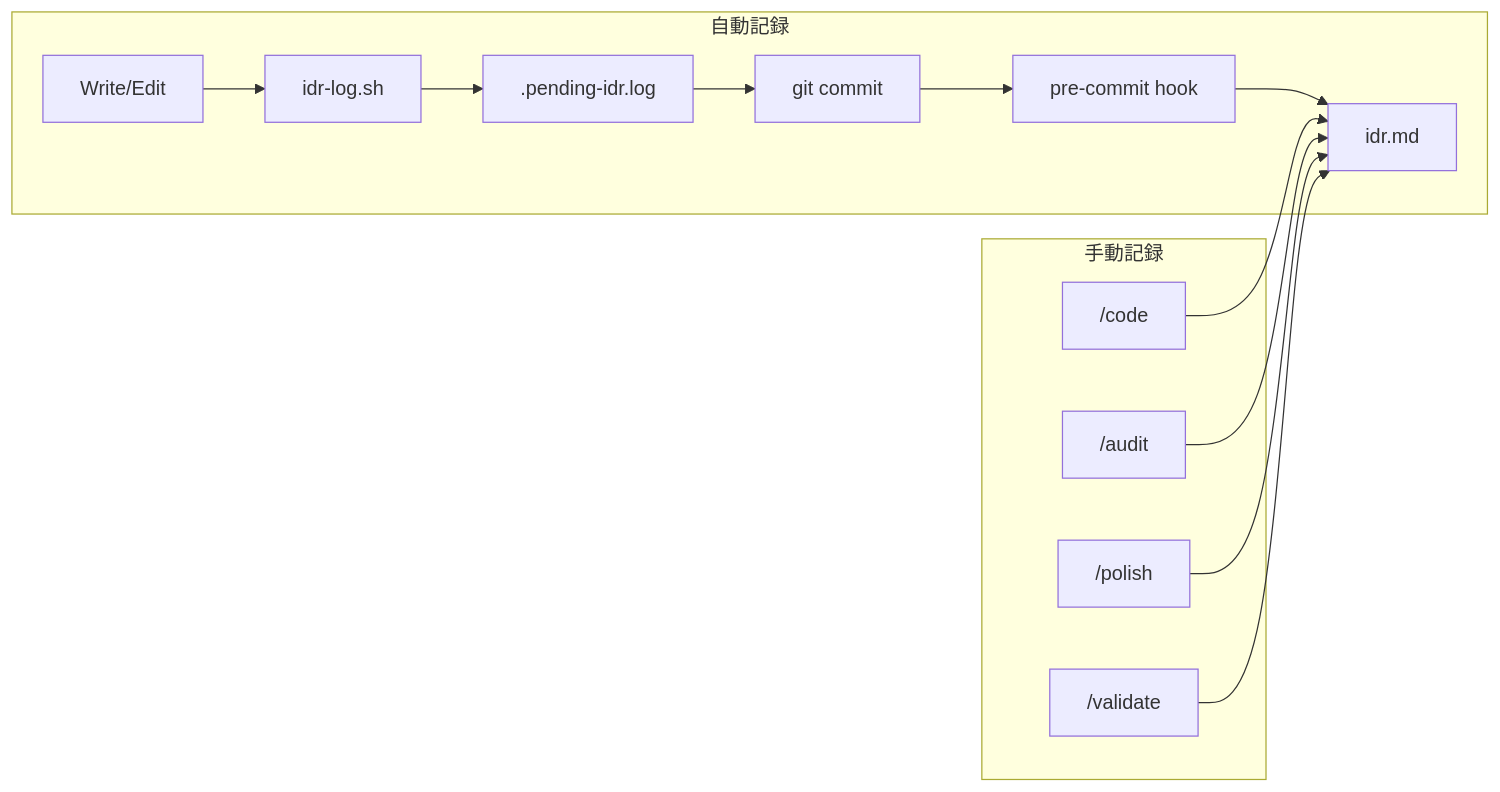
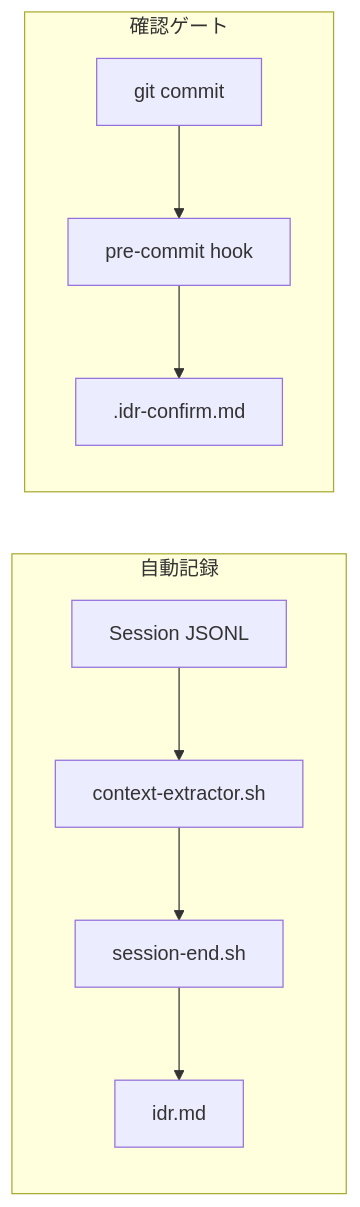
Before and after one commit to thkt/dotclaude: the diagram in .ja/rules/workflows/IDR_GENERATION.md, drawn with Mermaid. The commit also changed other lines of this file and 21 other files, not shown here.

First line of the commit message:
refactor(idr): replace file-based logging with JSONL transcript detection

````diff
--- a/.ja/rules/workflows/IDR_GENERATION.md
+++ b/.ja/rules/workflows/IDR_GENERATION.md
@@ -52,17 +50,13 @@
 ```mermaid
 flowchart LR
     subgraph Auto["自動記録"]
-        W[Write/Edit] --> L[idr-log.sh]
-        L --> P[.pending-idr.log]
-        P --> C[git commit]
-        C --> H[pre-commit hook]
-        H --> IDR[idr.md]
+        J[Session JSONL] --> E[context-extractor.sh]
+        E --> S[session-end.sh]
+        S --> IDR[idr.md]
     end
 
-    subgraph Manual["手動記録"]
-        CODE["/code"] --> IDR
-        AUDIT["/audit"] --> IDR
-        POLISH["/polish"] --> IDR
-        VAL["/validate"] --> IDR
+    subgraph Gate["確認ゲート"]
+        C[git commit] --> H[pre-commit hook]
+        H --> CF[.idr-confirm.md]
     end
 ```
````
